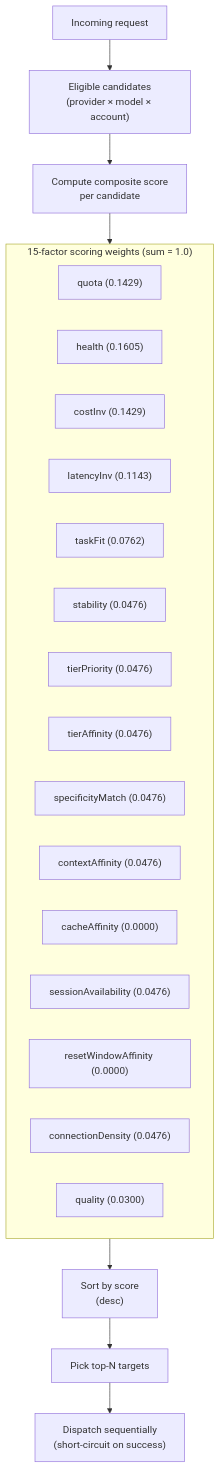
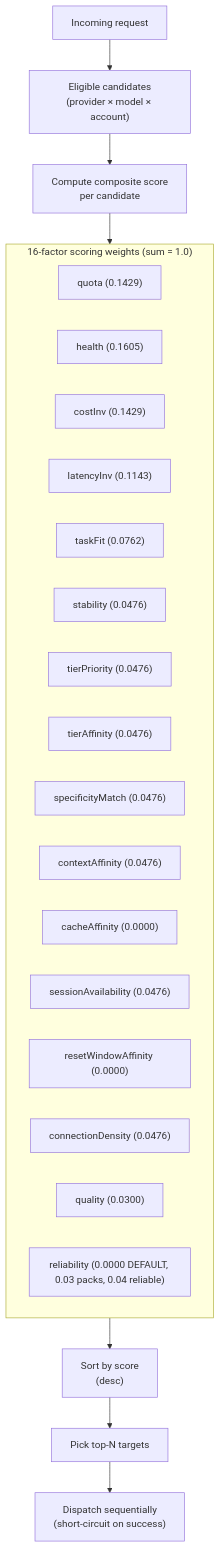
One commit to Bluscream/OmniRoute changed the diagram in docs/diagrams/auto-combo-scoring.mmd. Above: the diagram before and after it, drawn with Mermaid. The commit also changed 9 other files, not shown here.

First line of the commit message:
fix(auto-combo): give every mode pack quality and reliability weights (#12731)

```diff
--- a/docs/diagrams/auto-combo-scoring.mmd
+++ b/docs/diagrams/auto-combo-scoring.mmd
@@ -1,31 +1,32 @@
-%% Auto-Combo 15-factor scoring
+%% Auto-Combo 16-factor scoring
 %% Reflects: open-sse/services/autoCombo/scoring.ts (DEFAULT_WEIGHTS, sum = 1.0)
 %% v3.8.50
-%% svg-title: OmniRoute Auto-Combo 15-factor scoring
-%% svg-description: Flow from an incoming request through eligible candidates, the 15 weighted scoring factors, descending score sort, top-N selection, and sequential dispatch.
+%% svg-title: OmniRoute Auto-Combo 16-factor scoring
+%% svg-description: Flow from an incoming request through eligible candidates, the 16 weighted scoring factors, descending score sort, top-N selection, and sequential dispatch.
 flowchart TB
   Request["Incoming request"] --> Candidates["Eligible candidates<br/>(provider × model × account)"]
   Candidates --> Score["Compute composite score<br/>per candidate"]
 
-  subgraph Factors["15-factor scoring weights (sum = 1.0)"]
+  subgraph Factors["16-factor scoring weights (sum = 1.0)"]
     f1["quota (0.1429)"]
     f2["health (0.1605)"]
     f3["costInv (0.1429)"]
     f4["latencyInv (0.1143)"]
     f5["taskFit (0.0762)"]
     f6["stability (0.0476)"]
     f7["tierPriority (0.0476)"]
     f8["tierAffinity (0.0476)"]
     f9["specificityMatch (0.0476)"]
     f10["contextAffinity (0.0476)"]
     f11["cacheAffinity (0.0000)"]
     f12["sessionAvailability (0.0476)"]
     f13["resetWindowAffinity (0.0000)"]
     f14["connectionDensity (0.0476)"]
     f15["quality (0.0300)"]
+    f16["reliability (0.0000 DEFAULT, 0.03 packs, 0.04 reliable)"]
   end
 
   Score --> Factors
   Factors --> Final["Sort by score<br/>(desc)"]
   Final --> Top["Pick top-N targets"]
   Top --> Dispatch["Dispatch sequentially<br/>(short-circuit on success)"]
```
